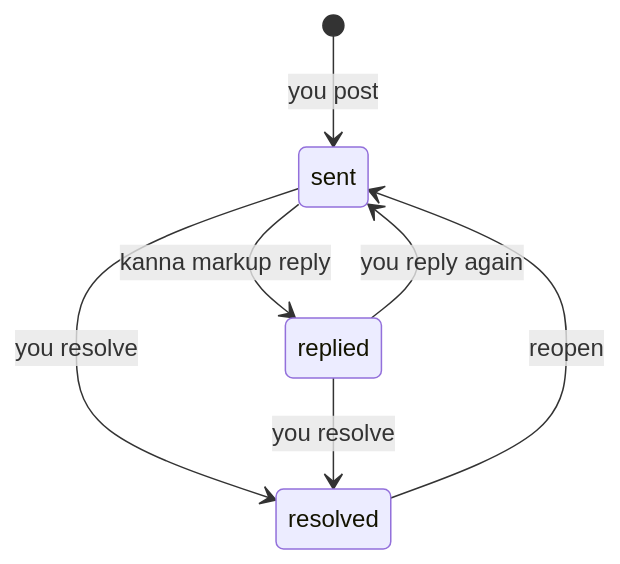
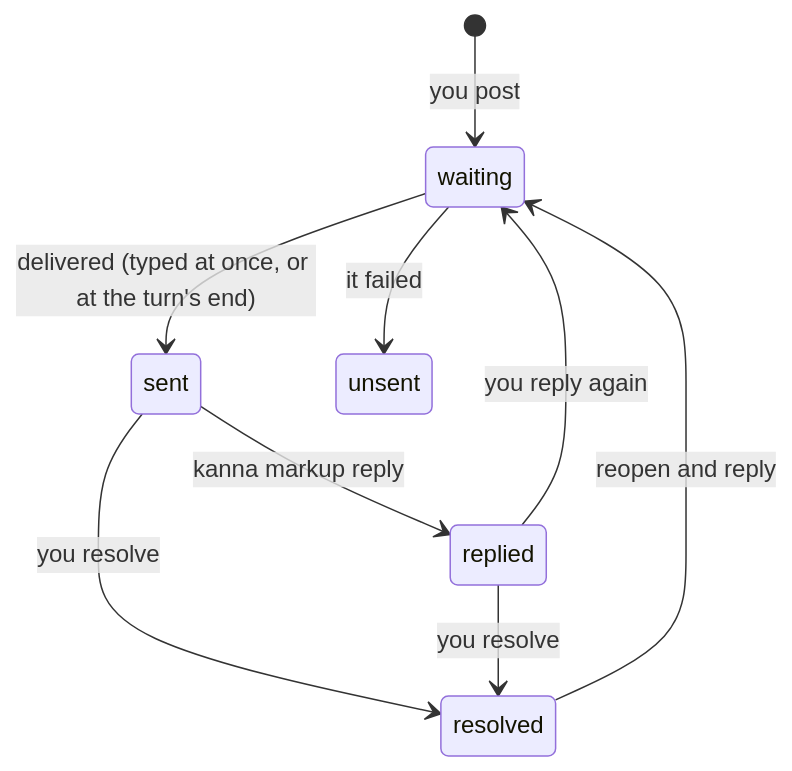
Before and after one commit to tampopogk/kanna: the second of 4 diagrams in docs/specs/doc-markup.md, drawn with Mermaid. The commit also changed other lines of this file and 21 other files, not shown here.

````diff
--- a/docs/specs/doc-markup.md
+++ b/docs/specs/doc-markup.md
@@ -109,9 +115,11 @@
 ```mermaid
 stateDiagram-v2
-    [*] --> sent: you post
+    [*] --> waiting: you post
+    waiting --> sent: delivered (typed at once, or at the turn's end)
+    waiting --> unsent: it failed
     sent --> replied: kanna markup reply
-    replied --> sent: you reply again
+    replied --> waiting: you reply again
     sent --> resolved: you resolve
     replied --> resolved: you resolve
-    resolved --> sent: reopen
+    resolved --> waiting: reopen and reply
 ```
````
